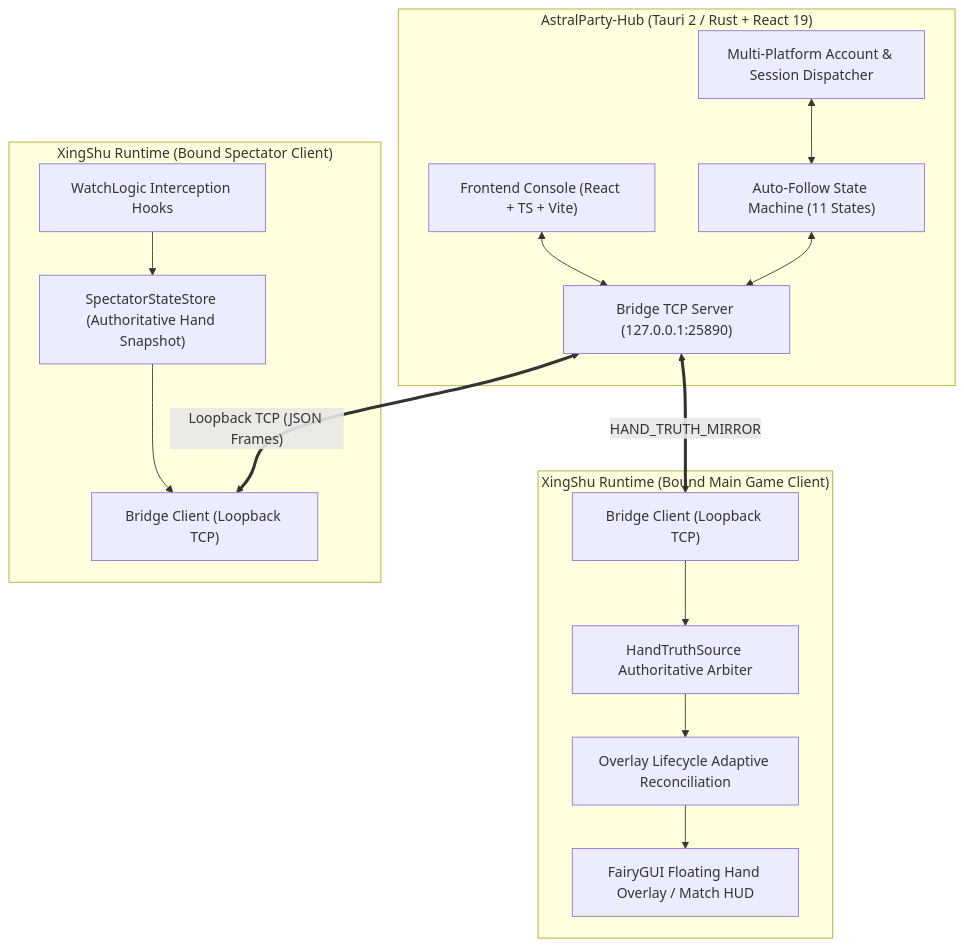
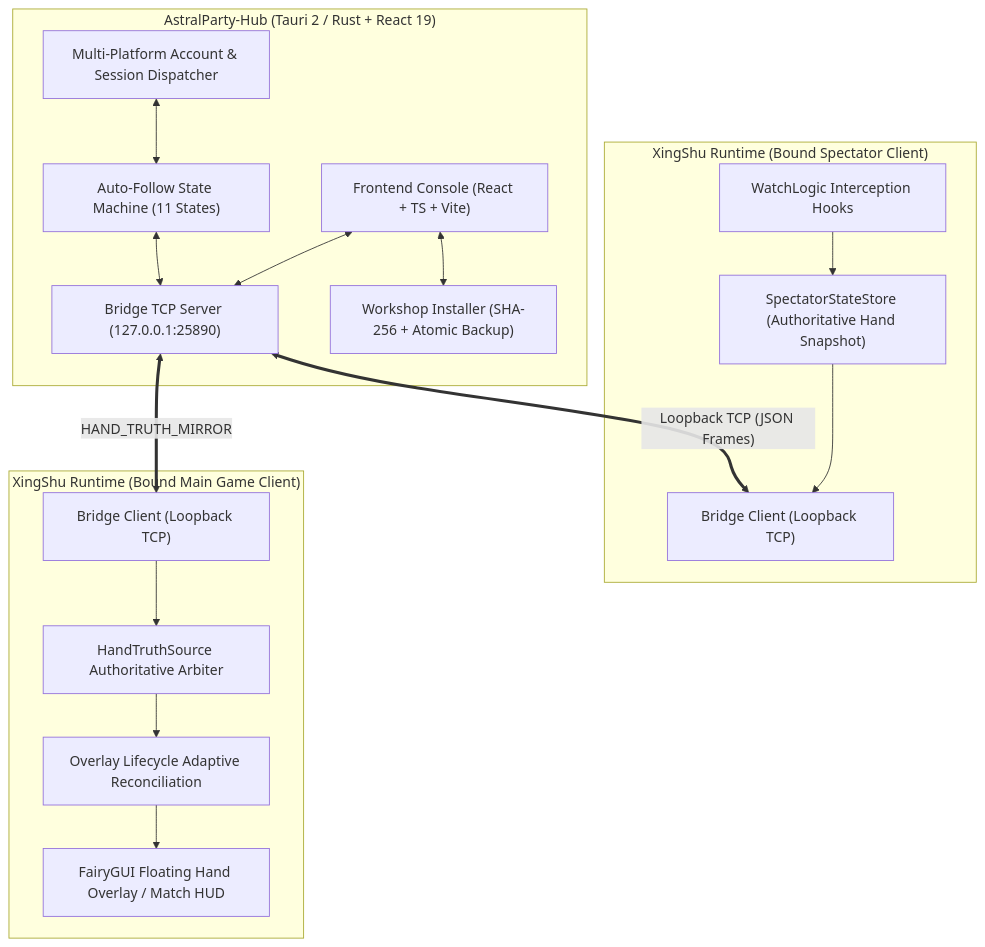
One commit to Breezecaresses/Xingshu-hub changed the diagram in README.md. Above: the diagram before and after it, drawn with Mermaid. The commit also changed other lines of this file and 111 other files, not shown here.

````diff
--- a/README.md
+++ b/README.md
@@ -70,33 +70,35 @@
 ```mermaid
 flowchart TD
     subgraph Hub["AstralParty-Hub (Tauri 2 / Rust + React 19)"]
         UI["Frontend Console (React + TS + Vite)"]
         FSM["Auto-Follow State Machine (11 States)"]
         TCPServer["Bridge TCP Server (127.0.0.1:25890)"]
         AccountMgr["Multi-Platform Account & Session Dispatcher"]
+        Workshop["Workshop Installer (SHA-256 + Atomic Backup)"]
         UI <--> TCPServer
+        UI <--> Workshop
         FSM <--> TCPServer
         AccountMgr <--> FSM
     end
 
     subgraph RuntimeSpectator["XingShu Runtime (Bound Spectator Client)"]
         SpecHook["WatchLogic Interception Hooks"]
         SpecStore["SpectatorStateStore (Authoritative Hand Snapshot)"]
         SpecBridge["Bridge Client (Loopback TCP)"]
         SpecHook --> SpecStore
         SpecStore --> SpecBridge
     end
 
     subgraph RuntimeMain["XingShu Runtime (Bound Main Game Client)"]
         MainBridge["Bridge Client (Loopback TCP)"]
         TruthSource["HandTruthSource Authoritative Arbiter"]
         Reconcile["Overlay Lifecycle Adaptive Reconciliation"]
         FairyGUI["FairyGUI Floating Hand Overlay / Match HUD"]
         MainBridge --> TruthSource
         TruthSource --> Reconcile
         Reconcile --> FairyGUI
     end
 
     TCPServer <== "Loopback TCP (JSON Frames)" ==> SpecBridge
     TCPServer <== "HAND_TRUTH_MIRROR" ==> MainBridge
 ```
````
